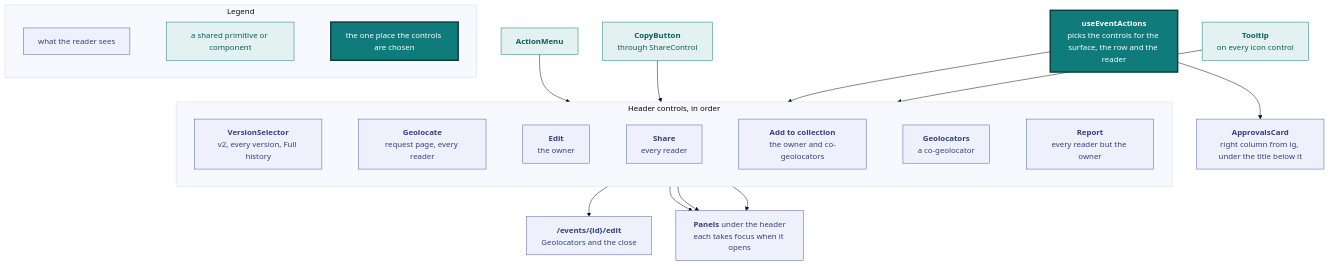
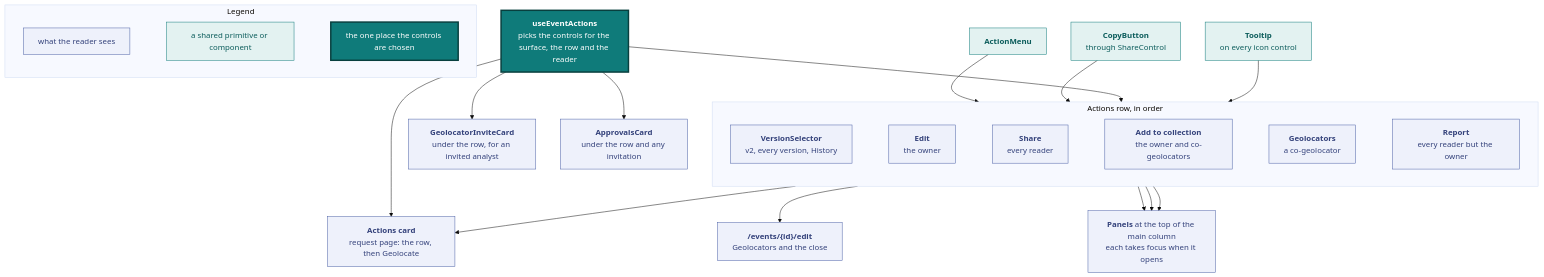
Before and after one commit to vidithq/vidit: the fifth of 11 diagrams in docs/design.md, drawn with Mermaid (base theme). The commit also changed other lines of this file and 132 other files, not shown here.

````diff
--- a/docs/design.md
+++ b/docs/design.md
@@ -511,58 +515,63 @@
 ```mermaid
 flowchart TB
   classDef spec fill:#eef1fb,stroke:#4a5fa5,color:#33417a
   classDef shared fill:#e3f2f1,stroke:#0f7b7a,color:#0b5c5b
   classDef core fill:#0f7b7a,stroke:#083f3e,stroke-width:3px,color:#ffffff
 
   subgraph legend [Legend]
     direction LR
     l1["`what the reader sees`"]:::spec
     l2["`a shared primitive or component`"]:::shared
     l3["`the one place the controls are chosen`"]:::core
     l1 ~~~ l2 ~~~ l3
   end
 
   hook["`**useEventActions**
   picks the controls for the surface, the row and the reader`"]:::core
 
-  subgraph header [Header controls, in order]
+  subgraph header [Actions row, in order]
     direction LR
     versions["`**VersionSelector**
-    v2, every version, Full history`"]:::spec
-    geolocate["`**Geolocate**
-    request page, every reader`"]:::spec
+    v2, every version, History`"]:::spec
     edit["`**Edit**
     the owner`"]:::spec
     share["`**Share**
     every reader`"]:::spec
     collect["`**Add to collection**
     the owner and co-geolocators`"]:::spec
     credit["`**Geolocators**
     a co-geolocator`"]:::spec
     report["`**Report**
     every reader but the owner`"]:::spec
-    versions ~~~ geolocate ~~~ edit ~~~ share ~~~ collect ~~~ credit ~~~ report
+    versions ~~~ edit ~~~ share ~~~ collect ~~~ credit ~~~ report
   end
 
   menu["`**ActionMenu**`"]:::shared
   copy["`**CopyButton**
   through ShareControl`"]:::shared
   tooltip["`**Tooltip**
   on every icon control`"]:::shared
   editpage["`**/events/{id}/edit**
   Geolocators and the close`"]:::spec
-  panels["`**Panels** under the header
+  panels["`**Panels** at the top of the main column
   each takes focus when it opens`"]:::spec
+  invite["`**GeolocatorInviteCard**
+  under the row, for an invited analyst`"]:::spec
   card["`**ApprovalsCard**
-  right column from lg, under the title below it`"]:::spec
+  under the row and any invitation`"]:::spec
+  actionscard["`**Actions card**
+  request page: the row, then Geolocate`"]:::spec
 
   hook --> header
+  hook --> invite
   hook --> card
+  hook --> actionscard
+  header --> actionscard
   menu --> versions
   copy --> share
   tooltip --> header
   edit --> editpage
   collect --> panels
   credit --> panels
   report --> panels
 ```
````
